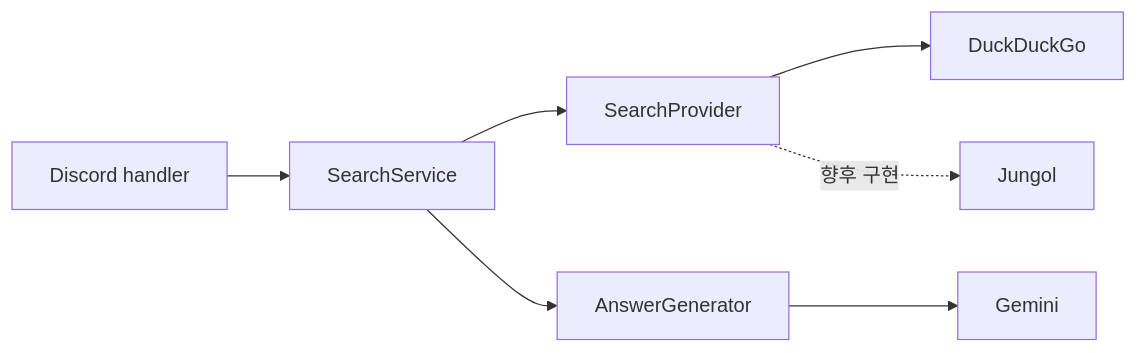
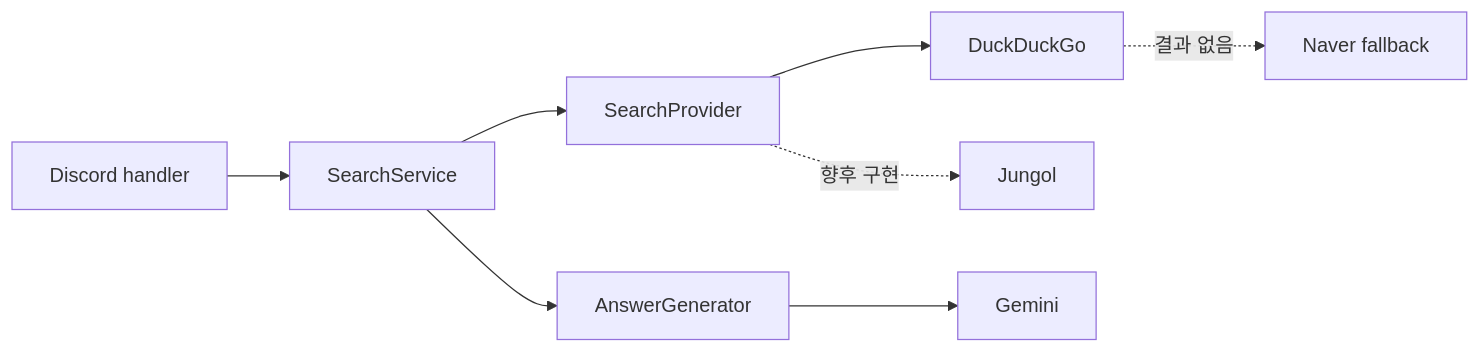
One commit to ymkzz123/discord-bot-boodae changed the diagram in docs/ARCHITECTURE.md. Above: the diagram before and after it, drawn with Mermaid. The commit also changed other lines of this file and 5 other files, not shown here.

Commit message:
fix: mirror kannyan HTML search fallback flow

````diff
--- a/docs/ARCHITECTURE.md
+++ b/docs/ARCHITECTURE.md
@@ -19,9 +20,10 @@
 ```mermaid
 flowchart LR
     D[Discord handler] --> S[SearchService]
     S --> P[SearchProvider]
     S --> A[AnswerGenerator]
     P --> W[DuckDuckGo]
+    W -. 결과 없음 .-> N[Naver fallback]
     P -. 향후 구현 .-> J[Jungol]
     A --> G[Gemini]
 ```
````
